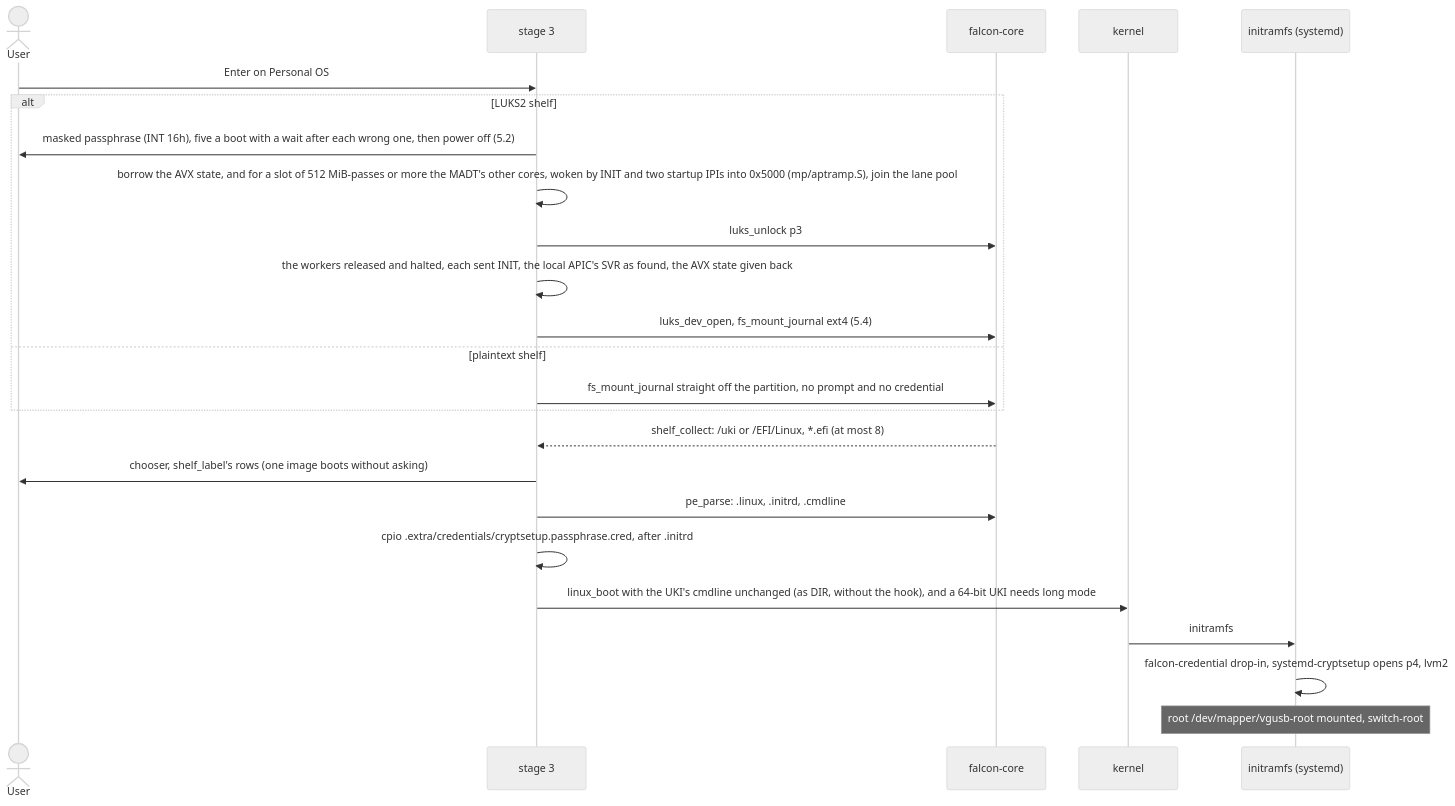
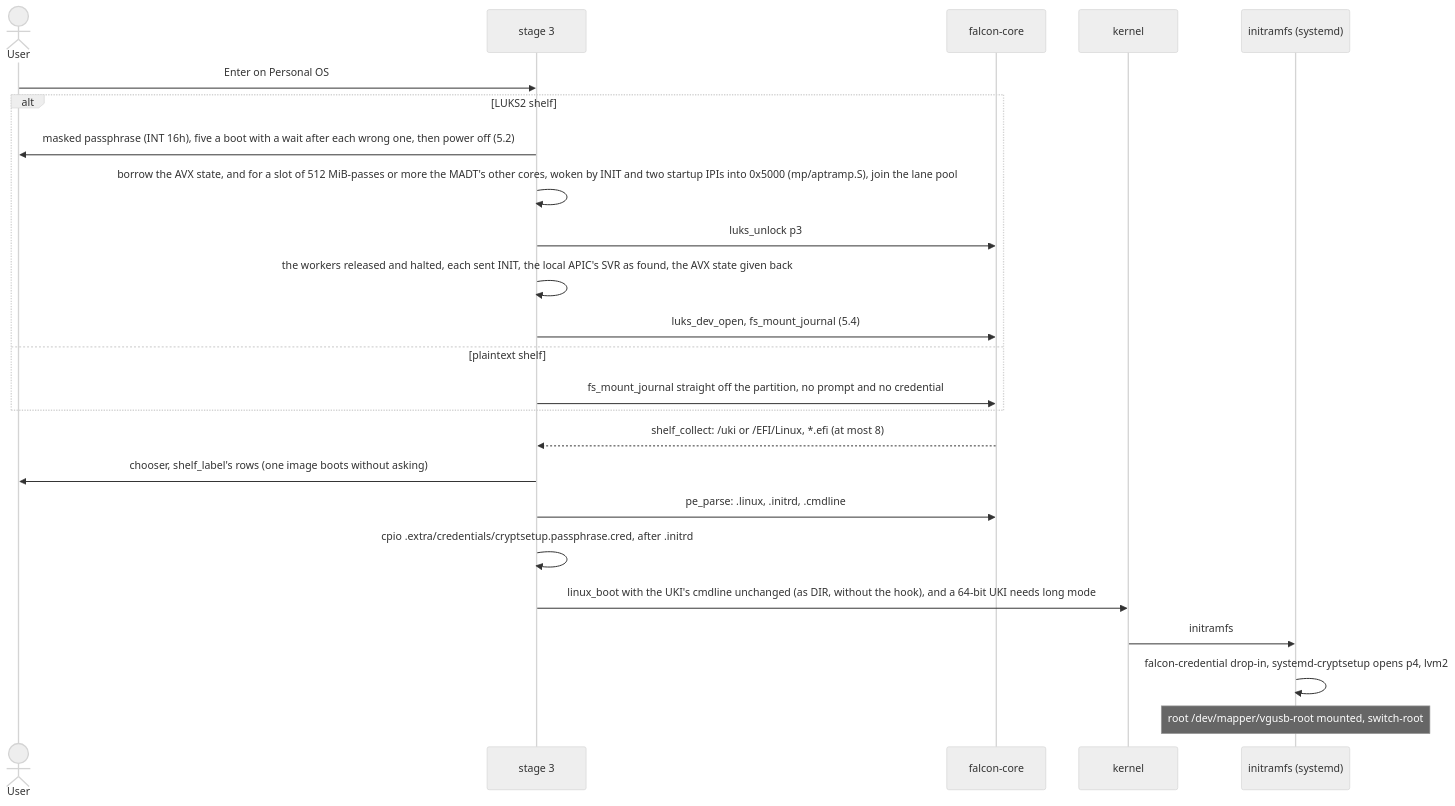
Before and after one commit to vifair22/falcon-boot: diagram 17 of 24 in docs/DESIGN.md, drawn with Mermaid (neutral theme). The commit also changed other lines of this file and 3 other files, not shown here.

````diff
--- a/docs/DESIGN.md
+++ b/docs/DESIGN.md
@@ -3458,26 +3475,26 @@
 ```mermaid
 sequenceDiagram
     actor U as User
     participant L as stage 3
     participant FC as falcon-core
     participant K as kernel
     participant I as initramfs (systemd)
     U->>L: Enter on Personal OS
     alt LUKS2 shelf
         L->>U: masked passphrase (INT 16h), five a boot with a wait after each wrong one, then power off (5.2)
         L->>L: borrow the AVX state, and for a slot of 512 MiB-passes or more the MADT's other cores, woken by INIT and two startup IPIs into 0x5000 (mp/aptramp.S), join the lane pool
         L->>FC: luks_unlock p3
         L->>L: the workers released and halted, each sent INIT, the local APIC's SVR as found, the AVX state given back
-        L->>FC: luks_dev_open, fs_mount_journal ext4 (5.4)
+        L->>FC: luks_dev_open, fs_mount_journal (5.4)
     else plaintext shelf
         L->>FC: fs_mount_journal straight off the partition, no prompt and no credential
     end
     FC-->>L: shelf_collect: /uki or /EFI/Linux, *.efi (at most 8)
     L->>U: chooser, shelf_label's rows (one image boots without asking)
     L->>FC: pe_parse: .linux, .initrd, .cmdline
     L->>L: cpio .extra/credentials/cryptsetup.passphrase.cred, after .initrd
     L->>K: linux_boot with the UKI's cmdline unchanged (as DIR, without the hook), and a 64-bit UKI needs long mode
     K->>I: initramfs
     I->>I: falcon-credential drop-in, systemd-cryptsetup opens p4, lvm2
     Note over I: root /dev/mapper/vgusb-root mounted, switch-root
 ```
````
